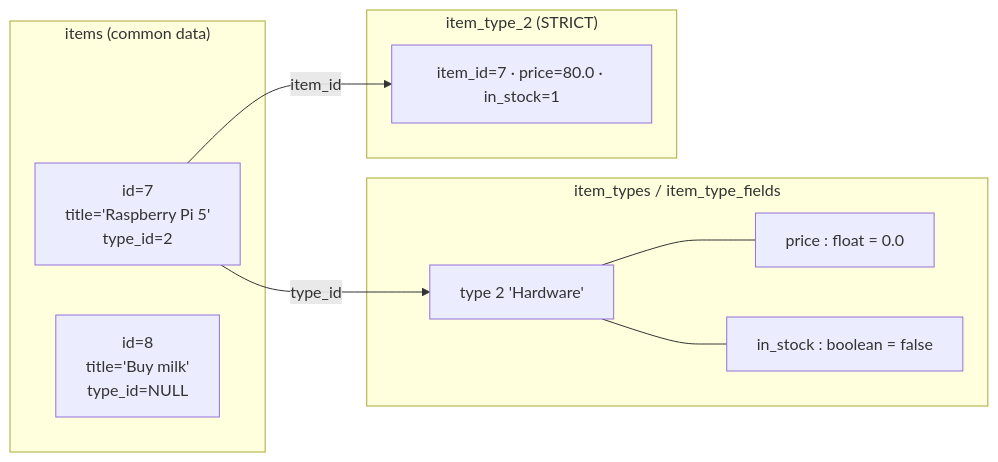
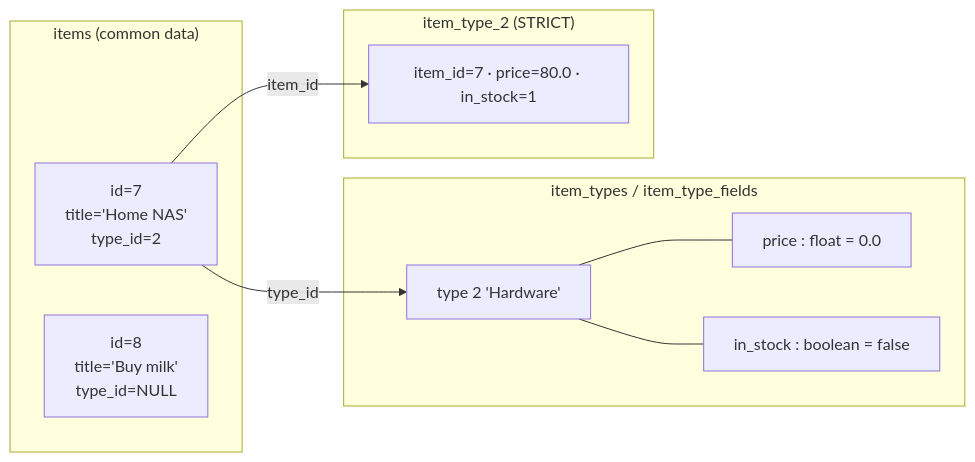
The fourth of 9 diagrams in doc/02-backend.md (juanecito/Home_Access_Web), drawn with Mermaid before and after one commit. The commit also changed other lines of this file and 22 other files, not shown here.

````diff
--- a/doc/02-backend.md
+++ b/doc/02-backend.md
@@ -279,18 +279,18 @@
 ```mermaid
 flowchart LR
     subgraph common["items (common data)"]
-        I1["id=7<br/>title='Raspberry Pi 5'<br/>type_id=2"]
+        I1["id=7<br/>title='Home NAS'<br/>type_id=2"]
         I2["id=8<br/>title='Buy milk'<br/>type_id=NULL"]
     end
     subgraph meta["item_types / item_type_fields"]
         T2["type 2 'Hardware'"]
         F1["price : float = 0.0"]
         F2["in_stock : boolean = false"]
         T2 --- F1 & F2
     end
     subgraph dyn["item_type_2 (STRICT)"]
         R7["item_id=7 · price=80.0 · in_stock=1"]
     end
     I1 -- type_id --> T2
     I1 -- item_id --> R7
 ```
````
